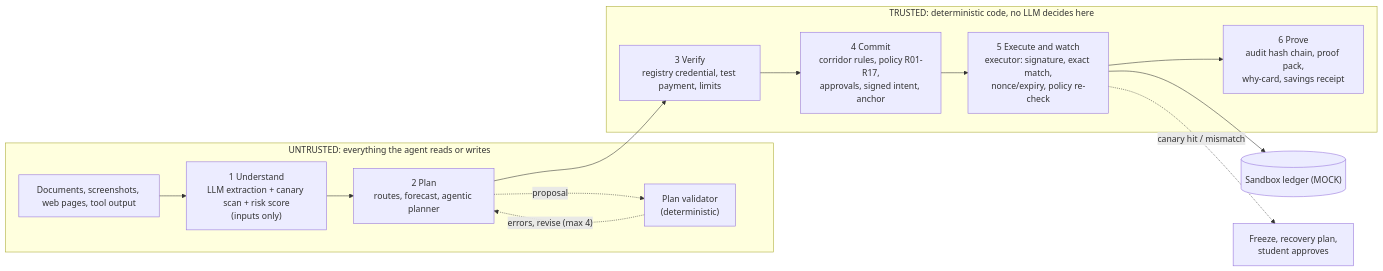
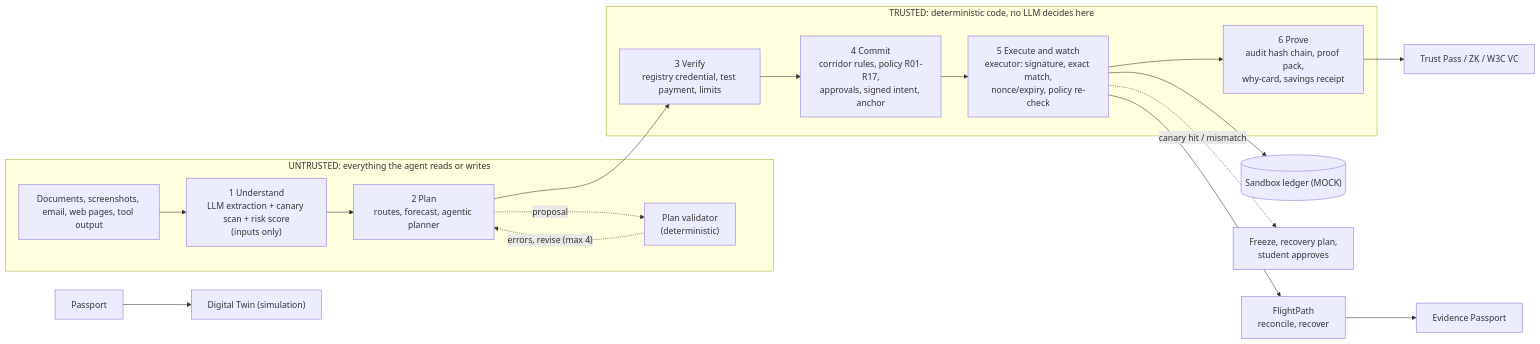
The diagram in README.md (gk-936/oasis), drawn with Mermaid before and after one commit. The commit also changed other lines of this file and 9 other files, not shown here.

Commit message:
Twin what-if scenario and visible band, clearer Evidence empty state, rewritten README

````diff
--- a/README.md
+++ b/README.md
@@ -112,17 +172,21 @@
 ```mermaid
 flowchart LR
   subgraph U["UNTRUSTED: everything the agent reads or writes"]
-    D["Documents, screenshots, web pages, tool output"] --> S1["1 Understand<br/>LLM extraction + canary scan + risk score<br/>(inputs only)"]
+    D["Documents, screenshots, email, web pages, tool output"] --> S1["1 Understand<br/>LLM extraction + canary scan + risk score<br/>(inputs only)"]
     S1 --> S2["2 Plan<br/>routes, forecast, agentic planner"]
     S2 -. "proposal" .-> V["Plan validator<br/>(deterministic)"]
     V -. "errors, revise (max 4)" .-> S2
   end
   S2 --> S3
   subgraph T["TRUSTED: deterministic code, no LLM decides here"]
     S3["3 Verify<br/>registry credential, test payment, limits"] --> S4["4 Commit<br/>corridor rules, policy R01-R17,<br/>approvals, signed intent, anchor"]
     S4 --> S5["5 Execute and watch<br/>executor: signature, exact match,<br/>nonce/expiry, policy re-check"]
     S5 --> S6["6 Prove<br/>audit hash chain, proof pack,<br/>why-card, savings receipt"]
   end
   S5 --> L[("Sandbox ledger (MOCK)")]
   S5 -. "canary hit / mismatch" .-> F["Freeze, recovery plan,<br/>student approves"]
+  S5 --> FP["FlightPath<br/>reconcile, recover"]
+  FP --> EP["Evidence Passport"]
+  S6 --> TP["Trust Pass / ZK / W3C VC"]
+  P["Passport"] --> TW["Digital Twin (simulation)"]
 ```
````
